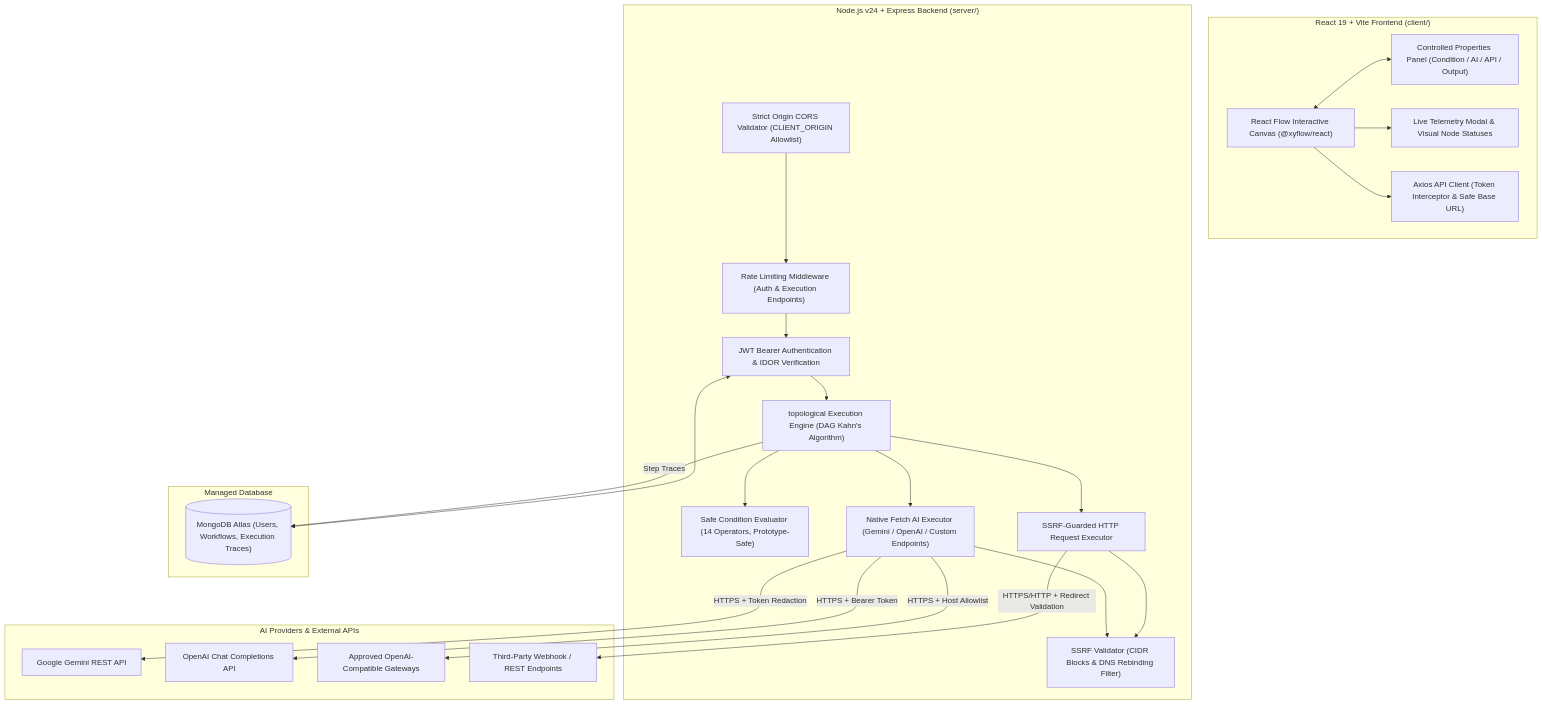
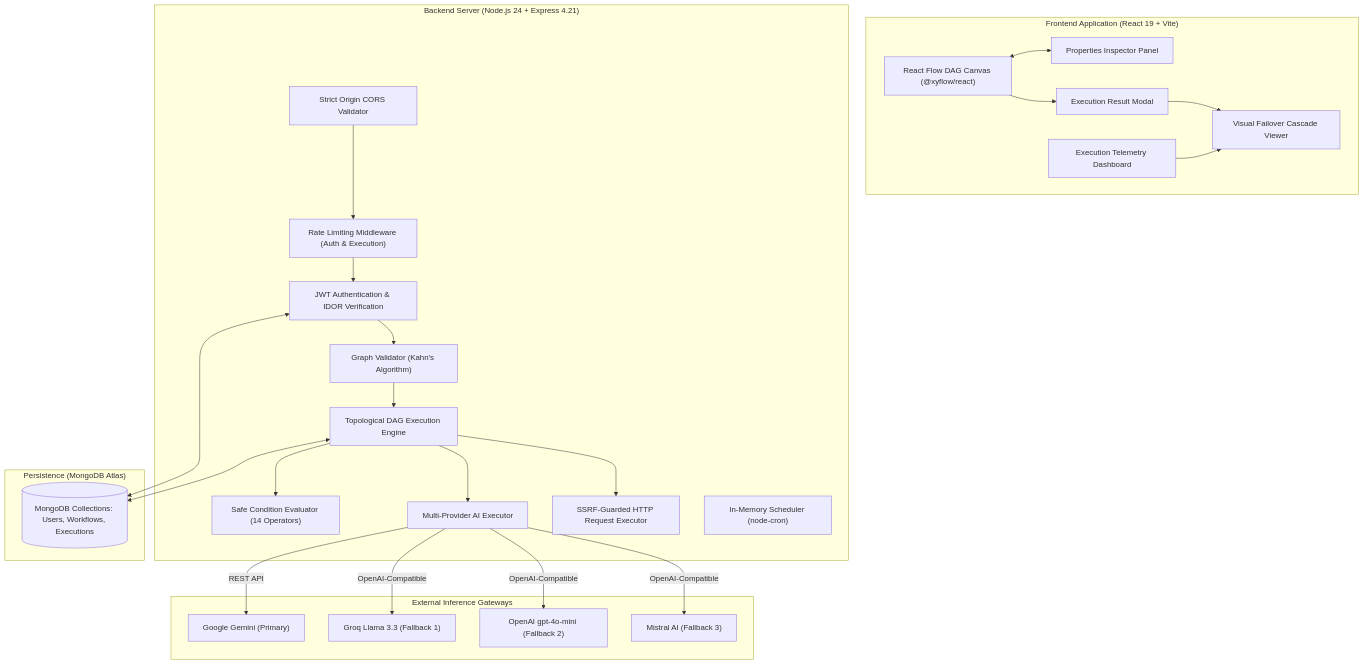
The diagram in README.md (DivyanshuG23/flowforge-ai), drawn with Mermaid before and after one commit. The commit also changed other lines of this file and 18 other files, not shown here.

Commit message:
feat(ai): configure gemini-3.8-flash default, add failover cascade viewer, and harden demo fixture opt-in

````diff
--- a/README.md
+++ b/README.md
@@ -11,49 +32,52 @@
 ```mermaid
 flowchart TD
-    subgraph Frontend["React 19 + Vite Frontend (client/)"]
-        Canvas["React Flow Interactive Canvas (@xyflow/react)"]
-        Props["Controlled Properties Panel (Condition / AI / API / Output)"]
-        Telemetry["Live Telemetry Modal & Visual Node Statuses"]
-        ClientAPI["Axios API Client (Token Interceptor & Safe Base URL)"]
-        Canvas <--> Props
-        Canvas --> Telemetry
-        Canvas --> ClientAPI
+    subgraph Client["Frontend Application (React 19 + Vite)"]
+        Canvas["React Flow DAG Canvas (@xyflow/react)"]
+        Inspector["Properties Inspector Panel"]
+        Modal["Execution Result Modal"]
+        Viewer["Visual Failover Cascade Viewer"]
+        TelemetryDash["Execution Telemetry Dashboard"]
+        Canvas <--> Inspector
+        Canvas --> Modal
+        Modal --> Viewer
+        TelemetryDash --> Viewer
     end
 
-    subgraph Backend["Node.js v24 + Express Backend (server/)"]
-        CORS["Strict Origin CORS Validator (CLIENT_ORIGIN Allowlist)"]
-        RateLimit["Rate Limiting Middleware (Auth & Execution Endpoints)"]
-        AuthMiddleware["JWT Bearer Authentication & IDOR Verification"]
-        Engine["topological Execution Engine (DAG Kahn's Algorithm)"]
-        ConditionEval["Safe Condition Evaluator (14 Operators, Prototype-Safe)"]
-        AIExec["Native Fetch AI Executor (Gemini / OpenAI / Custom Endpoints)"]
+    subgraph Server["Backend Server (Node.js 24 + Express 4.21)"]
+        CORS["Strict Origin CORS Validator"]
+        RateLimit["Rate Limiting Middleware (Auth & Execution)"]
+        AuthMiddleware["JWT Authentication & IDOR Verification"]
+        Engine["Topological DAG Execution Engine"]
+        Validator["Graph Validator (Kahn's Algorithm)"]
+        CondEval["Safe Condition Evaluator (14 Operators)"]
+        AIExec["Multi-Provider AI Executor"]
         HTTPExec["SSRF-Guarded HTTP Request Executor"]
-        SSRF["SSRF Validator (CIDR Blocks & DNS Rebinding Filter)"]
+        Scheduler["In-Memory Scheduler (node-cron)"]
 
         CORS --> RateLimit
         RateLimit --> AuthMiddleware
-        AuthMiddleware --> Engine
-        Engine --> ConditionEval
+        AuthMiddleware --> Validator
+        Validator --> Engine
+        Engine --> CondEval
         Engine --> AIExec
         Engine --> HTTPExec
-        HTTPExec --> SSRF
-        AIExec --> SSRF
     end
 
-    subgraph Persistence["Managed Database"]
-        Atlas[("MongoDB Atlas (Users, Workflows, Execution Traces)")]
+    subgraph Database["Persistence (MongoDB Atlas)"]
+        Atlas[("MongoDB Collections: Users, Workflows, Executions")]
         AuthMiddleware <--> Atlas
-        Engine -->|Step Traces| Atlas
+        Engine <--> Atlas
     end
 
-    subgraph ExternalProviders["AI Providers & External APIs"]
-        GeminiAPI["Google Gemini REST API"]
-        OpenAIAPI["OpenAI Chat Completions API"]
-        CustomGateways["Approved OpenAI-Compatible Gateways"]
-        ThirdPartyAPI["Third-Party Webhook / REST Endpoints"]
-        AIExec -->|HTTPS + Token Redaction| GeminiAPI
-        AIExec -->|HTTPS + Bearer Token| OpenAIAPI
-        AIExec -->|HTTPS + Host Allowlist| CustomGateways
-        HTTPExec -->|HTTPS/HTTP + Redirect Validation| ThirdPartyAPI
+    subgraph Providers["External Inference Gateways"]
+        Gemini["Google Gemini (Primary)"]
+        Groq["Groq Llama 3.3 (Fallback 1)"]
+        OpenAI["OpenAI gpt-4o-mini (Fallback 2)"]
+        Mistral["Mistral AI (Fallback 3)"]
+
+        AIExec -->|REST API| Gemini
+        AIExec -->|OpenAI-Compatible| Groq
+        AIExec -->|OpenAI-Compatible| OpenAI
+        AIExec -->|OpenAI-Compatible| Mistral
     end
 ```
````
